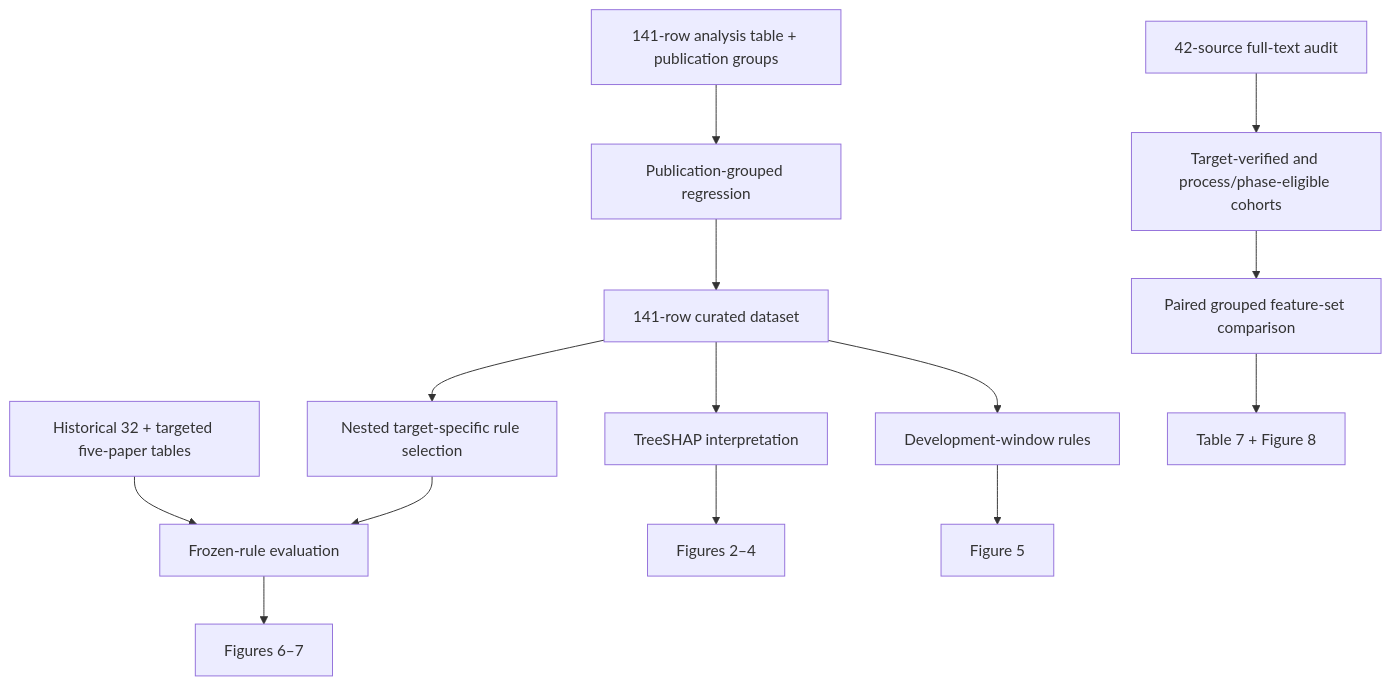
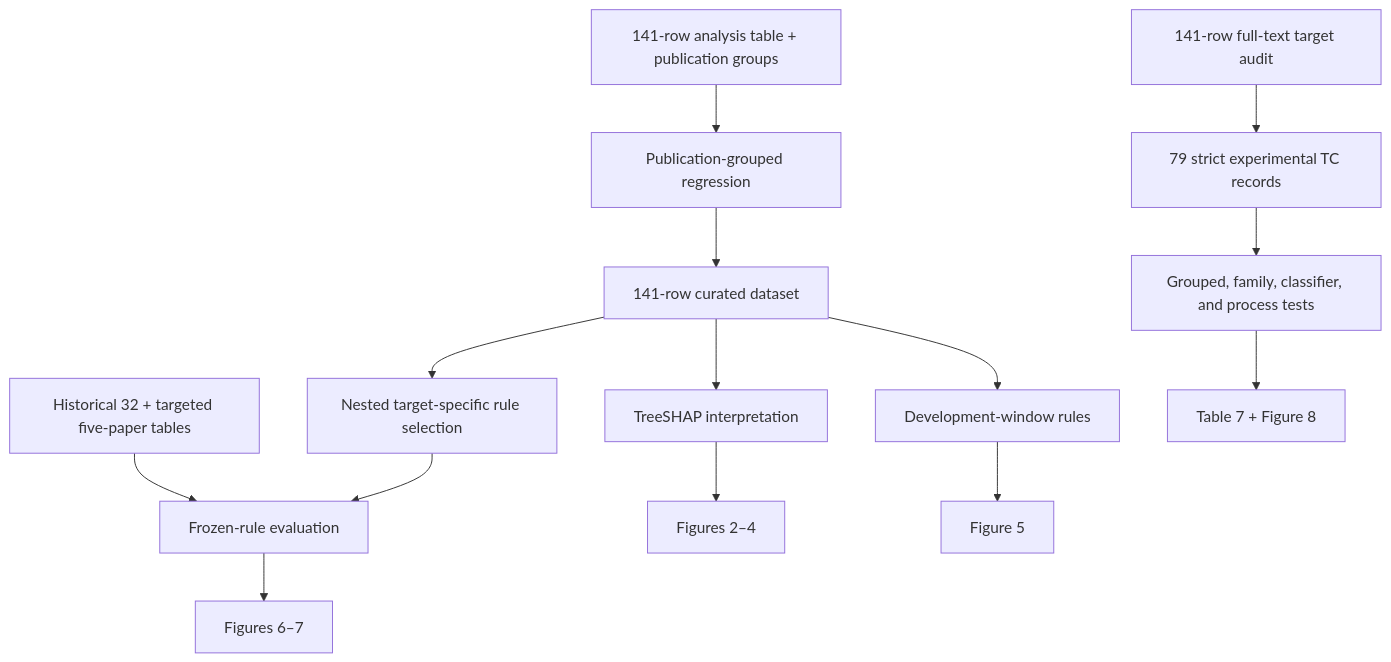
Before and after one commit to kaansarlar/Full-text-target-auditing-reveals-chemistry-regime-confounding-in-composition-only-Curie-temperature: the diagram in docs/ANALYSIS_MAP.md, drawn with Mermaid. The commit also changed other lines of this file and 90 other files, not shown here.

````diff
--- a/docs/ANALYSIS_MAP.md
+++ b/docs/ANALYSIS_MAP.md
@@ -30,16 +30,16 @@
 ```mermaid
 flowchart TD
     A[141-row analysis table + publication groups] --> B[Publication-grouped regression]
     B --> C[141-row curated dataset]
     C --> D[TreeSHAP interpretation]
     C --> E[Development-window rules]
     C --> F[Nested target-specific rule selection]
     G[Historical 32 + targeted five-paper tables] --> H[Frozen-rule evaluation]
     F --> H
     D --> I[Figures 2–4]
     E --> J[Figure 5]
     H --> K[Figures 6–7]
-    L[42-source full-text audit] --> M[Target-verified and process/phase-eligible cohorts]
-    M --> N[Paired grouped feature-set comparison]
+    L[141-row full-text target audit] --> M[79 strict experimental TC records]
+    M --> N[Grouped, family, classifier, and process tests]
     N --> O[Table 7 + Figure 8]
 ```
````
